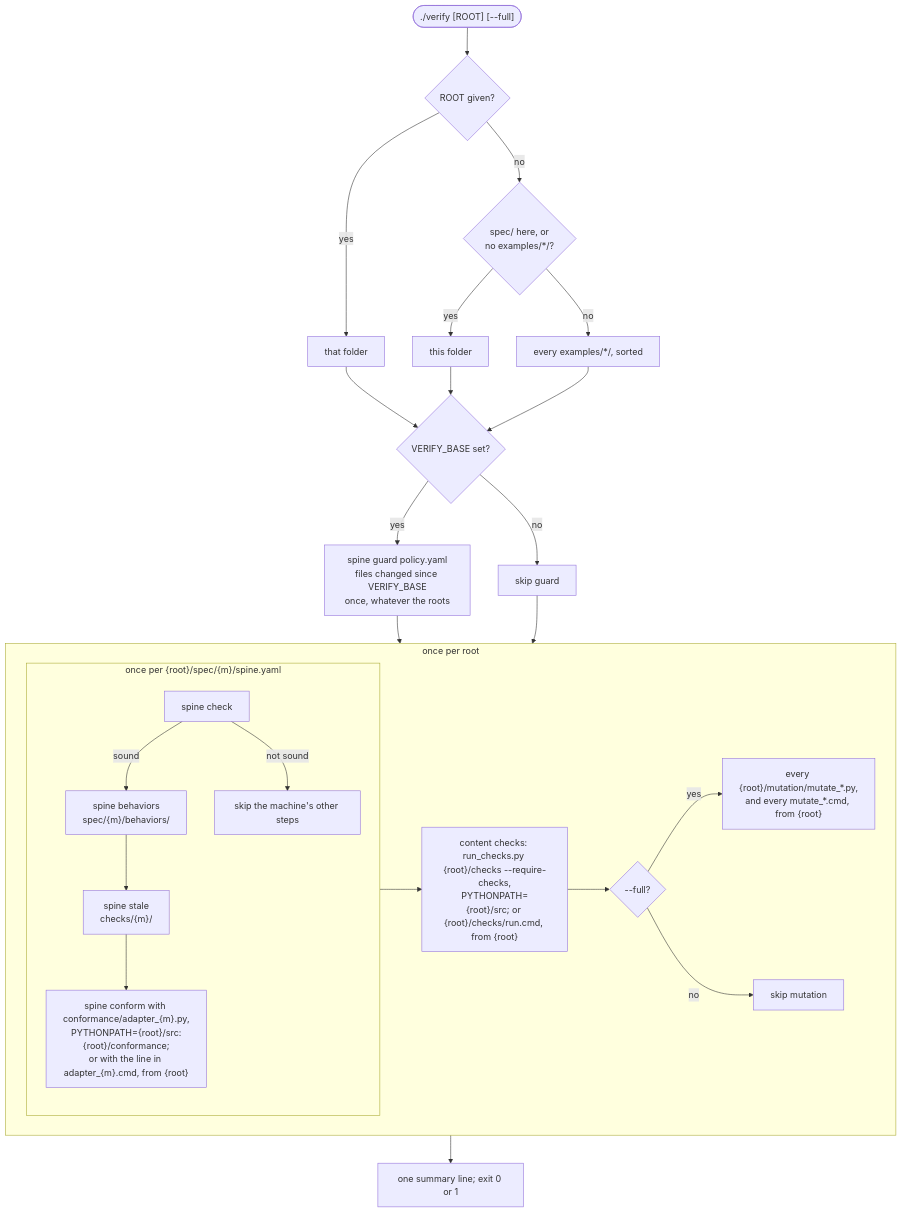
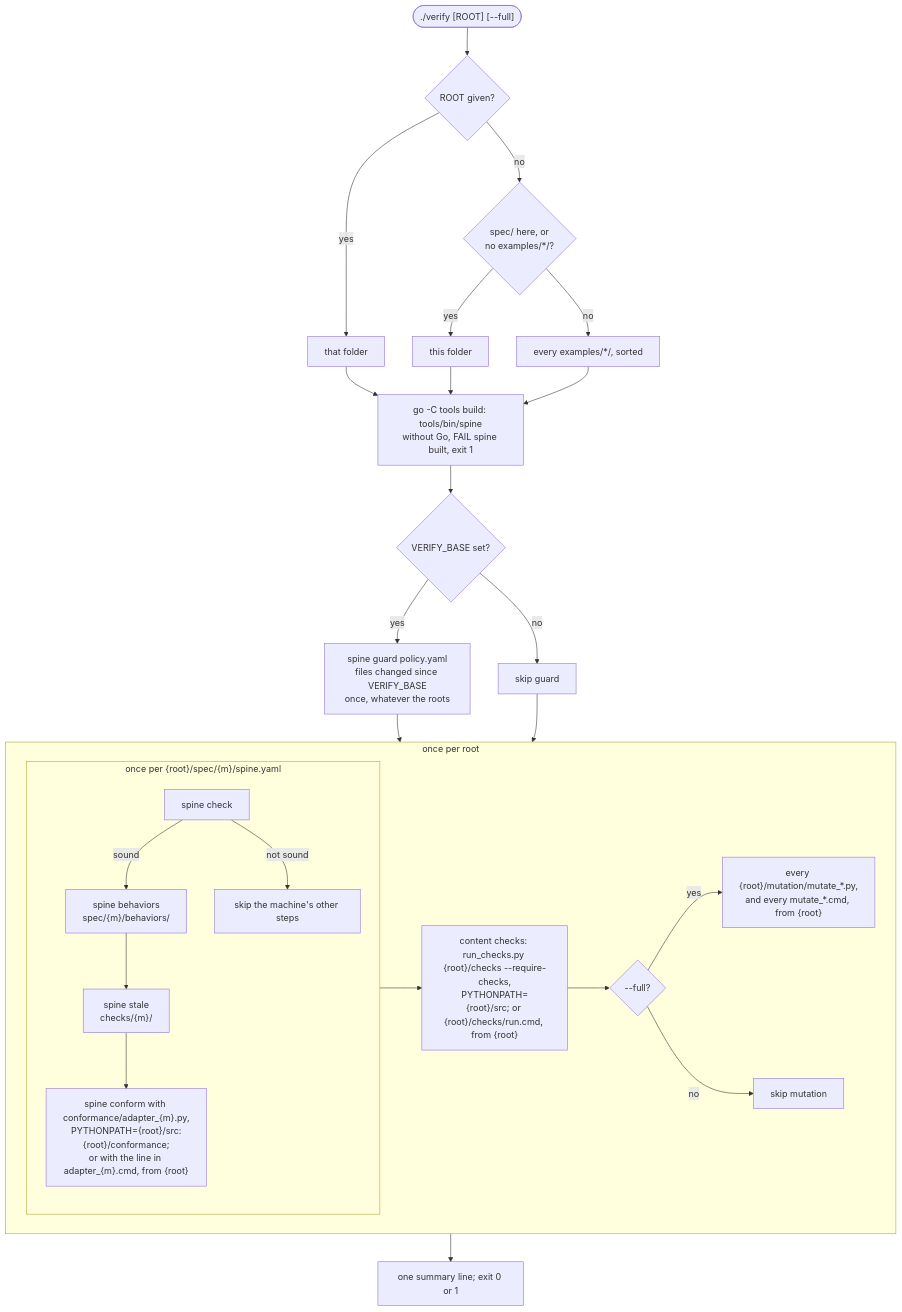
Before and after one commit to 23min/verifier-kit: the second of 7 diagrams in docs/architecture.md, drawn with Mermaid. The commit also changed other lines of this file and 6 other files, not shown here.

First line of the commit message:
feat(verify): build the Go spine from tools/ on every run and run it, so no step needs tools/spine.py

````diff
--- a/docs/architecture.md
+++ b/docs/architecture.md
@@ -56,28 +56,29 @@
 ```mermaid
 flowchart TD
   start(["./verify [ROOT] [--full]"]) --> roots{"ROOT given?"}
   roots -- yes --> one["that folder"]
   roots -- no --> has{"spec/ here, or<br/>no examples/*/?"}
   has -- yes --> here["this folder"]
   has -- no --> each["every examples/*/, sorted"]
-  one --> g
-  here --> g
-  each --> g
+  one --> build
+  here --> build
+  each --> build
+  build["go -C tools build: tools/bin/spine<br/>without Go, FAIL spine built, exit 1"] --> g
   g{"VERIFY_BASE set?"} -- yes --> guard["spine guard policy.yaml<br/>files changed since VERIFY_BASE<br/>once, whatever the roots"]
   g -- no --> skipg["skip guard"]
   guard --> rootloop
   skipg --> rootloop
   subgraph rootloop["once per root"]
     subgraph loop["once per {root}/spec/{m}/spine.yaml"]
       check["spine check"] -- sound --> beh["spine behaviors<br/>spec/{m}/behaviors/"]
       check -- not sound --> skipm["skip the machine's other steps"]
       beh --> stale["spine stale<br/>checks/{m}/"]
       stale --> conf["spine conform with conformance/adapter_{m}.py,<br/>PYTHONPATH={root}/src:{root}/conformance;<br/>or with the line in adapter_{m}.cmd, from {root}"]
     end
     loop --> content["content checks: run_checks.py {root}/checks --require-checks,<br/>PYTHONPATH={root}/src; or {root}/checks/run.cmd, from {root}"]
     content --> f{"--full?"}
     f -- yes --> mut["every {root}/mutation/mutate_*.py,<br/>and every mutate_*.cmd, from {root}"]
     f -- no --> skipmut["skip mutation"]
   end
   rootloop --> sum["one summary line; exit 0 or 1"]
 ```
````
